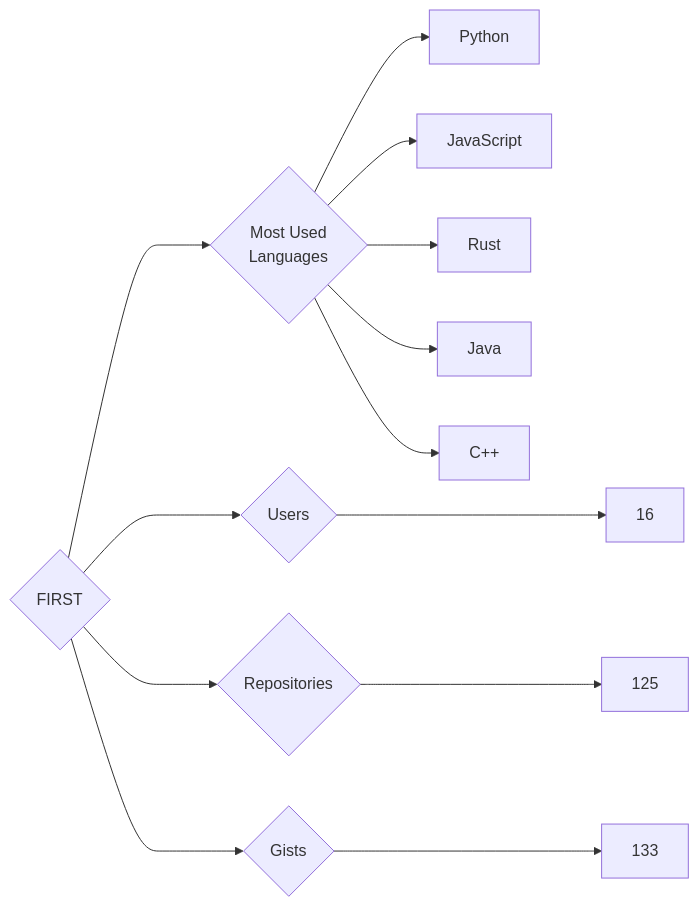
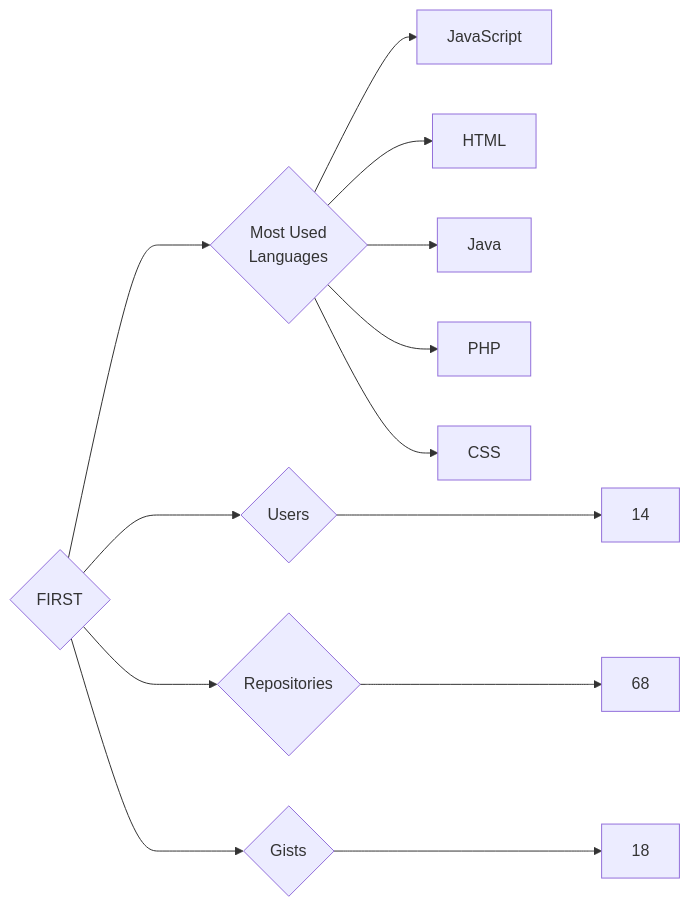
The diagram in targets/FIRST/README.md (trickest/insiders), drawn with Mermaid before and after one commit. The commit also changed 757 other files, not shown here.

````diff
--- a/targets/FIRST/README.md
+++ b/targets/FIRST/README.md
@@ -3,13 +3,13 @@
 ```mermaid
 graph LR
 COMPANY_NAME{FIRST}
-COMPANY_NAME ---> U{Users} ---> UN[16]
-COMPANY_NAME ---> R{Repositories} ---> RN[125]
-COMPANY_NAME ---> G{Gists} ---> GN[133]
+COMPANY_NAME ---> U{Users} ---> UN[14]
+COMPANY_NAME ---> R{Repositories} ---> RN[68]
+COMPANY_NAME ---> G{Gists} ---> GN[18]
 COMPANY_NAME ---> ML{Most Used<br>Languages}
-ML --> Python[Python]
 ML --> JavaScript[JavaScript]
-ML --> Rust[Rust]
+ML --> HTML[HTML]
 ML --> Java[Java]
-ML --> C++[C++]
+ML --> PHP[PHP]
+ML --> CSS[CSS]
 ```
````
